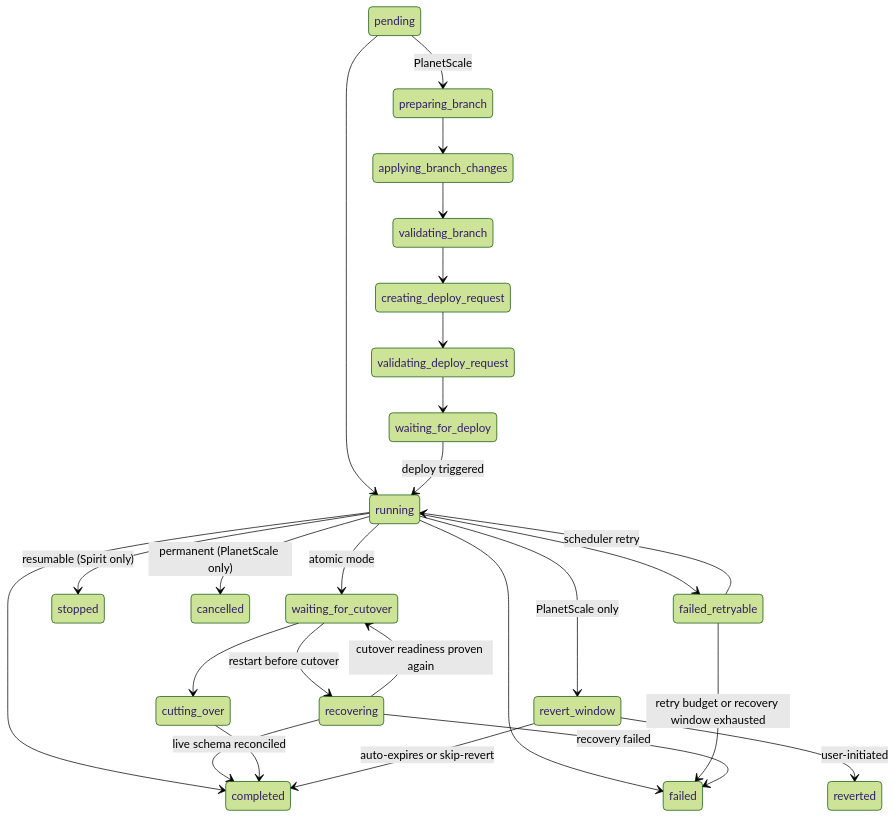
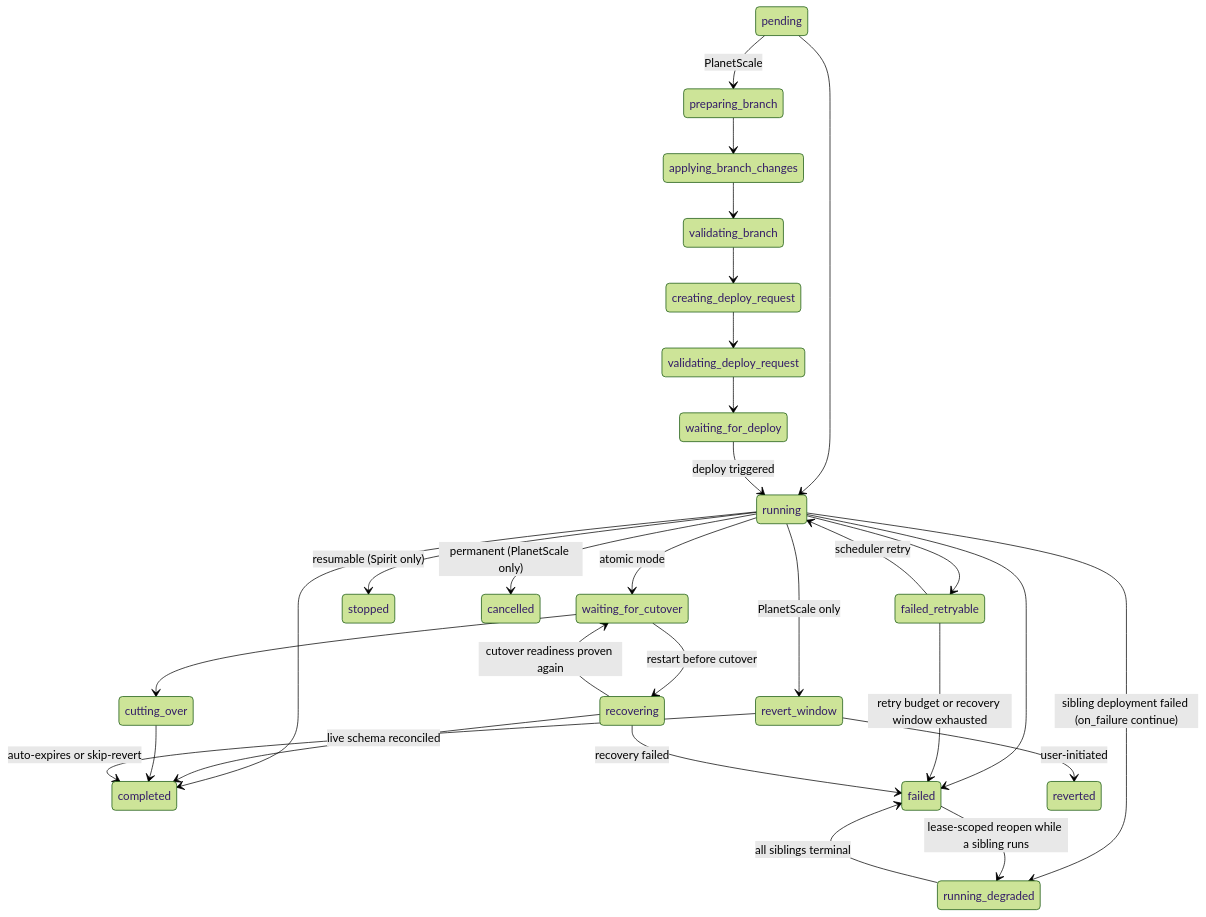
The first of 3 diagrams in pkg/state/README.md (block/schemabot), drawn with Mermaid (forest theme) before and after one commit. The commit also changed other lines of this file and 7 other files, not shown here.

First line of the commit message:
feat(operator): add running_degraded rollout apply state

````diff
--- a/pkg/state/README.md
+++ b/pkg/state/README.md
@@ -37,30 +38,33 @@
 ```mermaid
 stateDiagram-v2
     pending --> running
     pending --> preparing_branch : PlanetScale
     preparing_branch --> applying_branch_changes
     applying_branch_changes --> validating_branch
     validating_branch --> creating_deploy_request
     creating_deploy_request --> validating_deploy_request
     validating_deploy_request --> waiting_for_deploy
     waiting_for_deploy --> running : deploy triggered
     running --> completed
     running --> failed
     running --> failed_retryable
     running --> stopped : resumable (Spirit only)
     running --> cancelled : permanent (PlanetScale only)
     running --> waiting_for_cutover : atomic mode
     running --> revert_window : PlanetScale only
+    running --> running_degraded : sibling deployment failed (on_failure continue)
+    running_degraded --> failed : all siblings terminal
+    failed --> running_degraded : lease-scoped reopen while a sibling runs
     failed_retryable --> running : scheduler retry
     failed_retryable --> failed : retry budget or recovery window exhausted
 
     waiting_for_cutover --> recovering : restart before cutover
     recovering --> waiting_for_cutover : cutover readiness proven again
     recovering --> completed : live schema reconciled
     recovering --> failed : recovery failed
     waiting_for_cutover --> cutting_over
     cutting_over --> completed
 
     revert_window --> completed : auto-expires or skip-revert
     revert_window --> reverted : user-initiated
 ```
````
